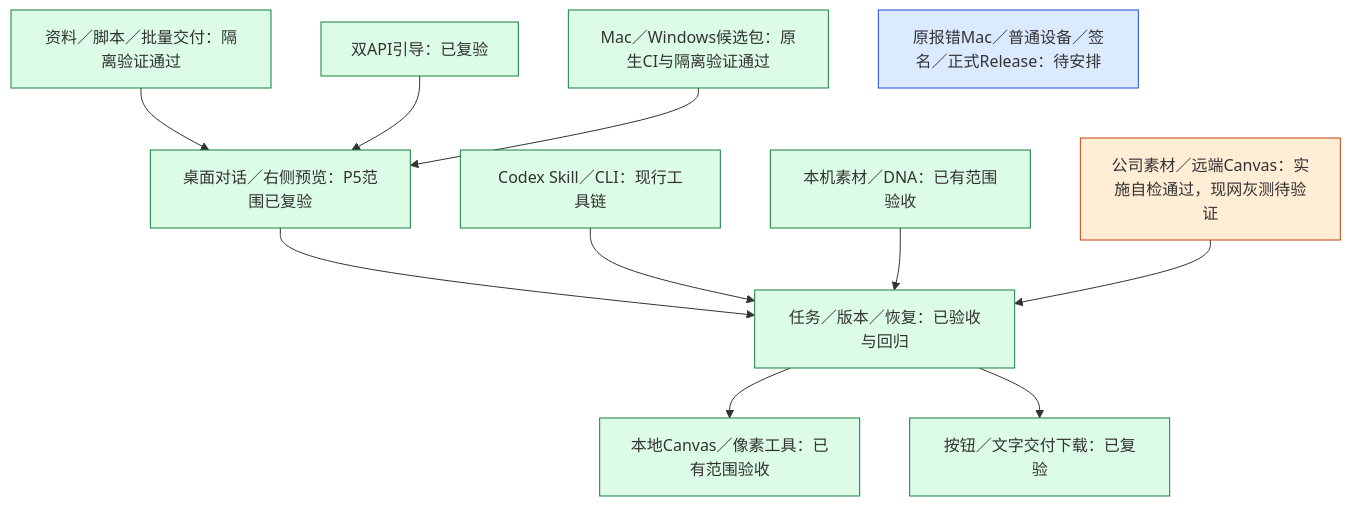
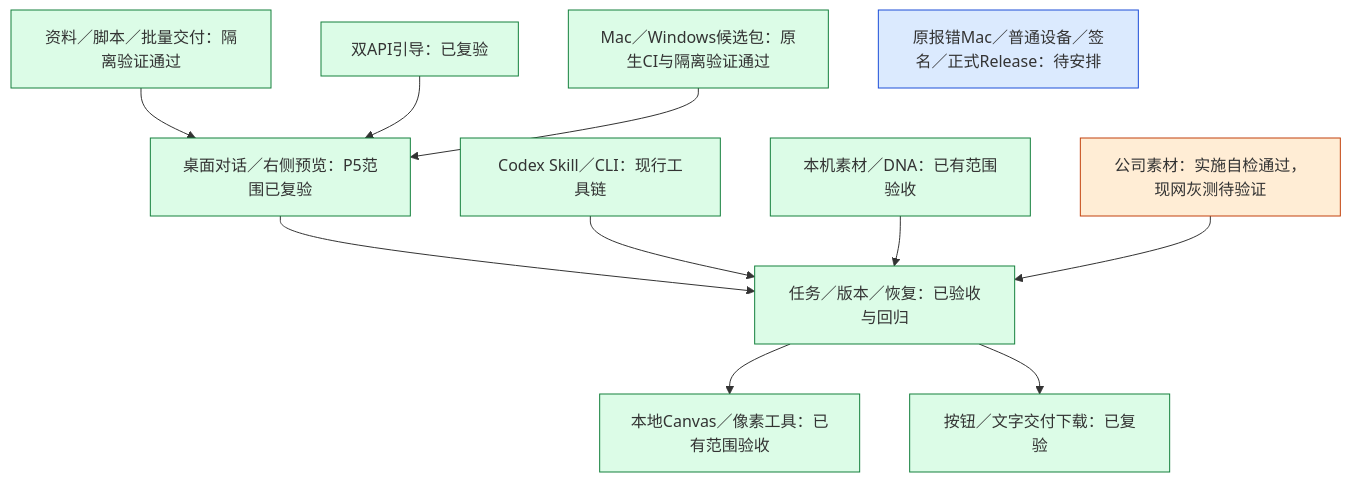
One commit to akechi0819-lgtm/creative-Agent-studio changed the second of 2 diagrams in docs/工程进度.md. Above: the diagram before and after it, drawn with Mermaid. The commit also changed other lines of this file and 51 other files, not shown here.

````diff
--- a/docs/工程进度.md
+++ b/docs/工程进度.md
@@ -25,19 +42,19 @@
 ```mermaid
 flowchart TB
     WEB["桌面对话／右侧预览：P5范围已复验"] --> CORE["任务／版本／恢复：已验收与回归"]
     CLI["Codex Skill／CLI：现行工具链"] --> CORE
     LIB["本机素材／DNA：已有范围验收"] --> CORE
     TOOLS["资料／脚本／批量交付：隔离验证通过"] --> WEB
     GUIDE["双API引导：已复验"] --> WEB
     CORE --> CANVAS["本地Canvas／像素工具：已有范围验收"]
     CORE --> EXPORT["按钮／文字交付下载：已复验"]
     DIST["Mac／Windows候选包：原生CI与隔离验证通过"] --> WEB
-    COMPANY["公司素材／远端Canvas：实施自检通过，现网灰测待验证"] --> CORE
+    COMPANY["公司素材：实施自检通过，现网灰测待验证"] --> CORE
     NEXT["原报错Mac／普通设备／签名／正式Release：待安排"]
     classDef done fill:#dcfce7,stroke:#15803d;
     classDef current fill:#ffedd5,stroke:#c2410c;
     classDef next fill:#dbeafe,stroke:#1d4ed8;
     class WEB,CLI,LIB,TOOLS,GUIDE,CORE,CANVAS,EXPORT,DIST done;
     class COMPANY current;
     class NEXT next;
 ```
````
